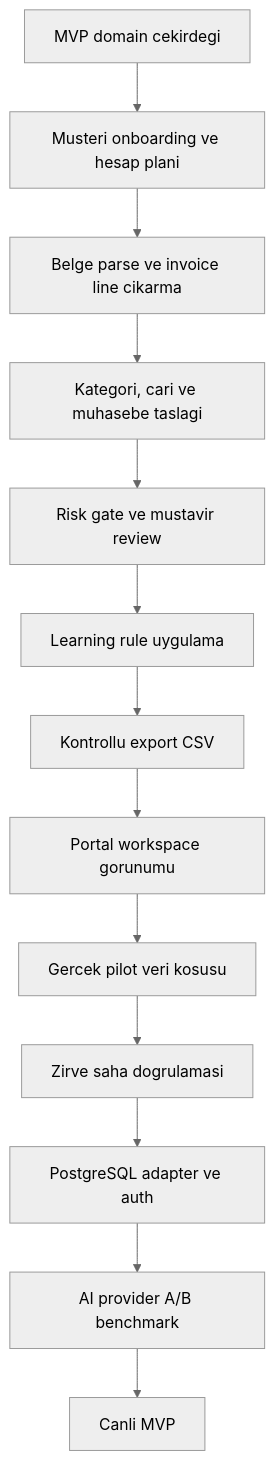
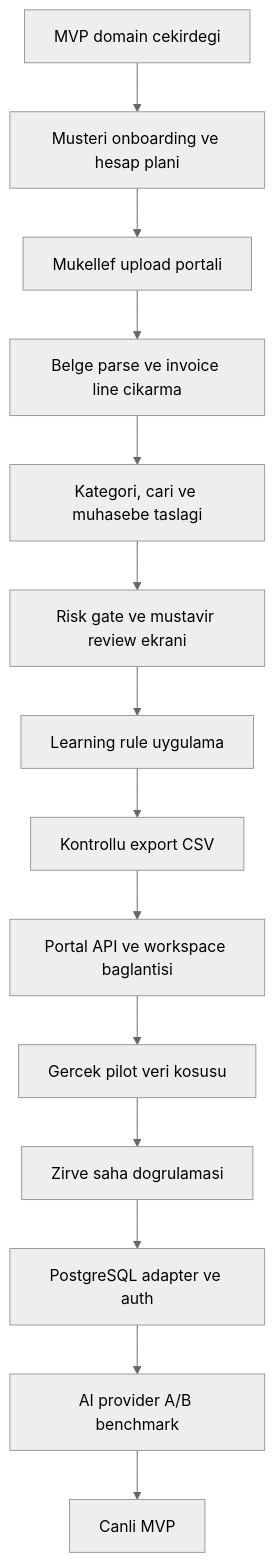
The diagram in docs/implementation-roadmap.md (keremerdogdu92/Fisora), drawn with Mermaid (neutral theme) before and after one commit. The commit also changed other lines of this file and 4 other files, not shown here.

Commit message:
Add MVP portal review workspace

````diff
--- a/docs/implementation-roadmap.md
+++ b/docs/implementation-roadmap.md
@@ -42,15 +47,16 @@
 ```mermaid
 flowchart TD
     A["MVP domain cekirdegi"] --> B["Musteri onboarding ve hesap plani"]
-    B --> C["Belge parse ve invoice line cikarma"]
-    C --> D["Kategori, cari ve muhasebe taslagi"]
-    D --> E["Risk gate ve mustavir review"]
-    E --> F["Learning rule uygulama"]
-    F --> G["Kontrollu export CSV"]
-    G --> H["Portal workspace gorunumu"]
-    H --> I["Gercek pilot veri kosusu"]
-    I --> J["Zirve saha dogrulamasi"]
-    J --> K["PostgreSQL adapter ve auth"]
-    K --> L["AI provider A/B benchmark"]
-    L --> M["Canli MVP"]
+    B --> C["Mukellef upload portali"]
+    C --> D["Belge parse ve invoice line cikarma"]
+    D --> E["Kategori, cari ve muhasebe taslagi"]
+    E --> F["Risk gate ve mustavir review ekrani"]
+    F --> G["Learning rule uygulama"]
+    G --> H["Kontrollu export CSV"]
+    H --> I["Portal API ve workspace baglantisi"]
+    I --> J["Gercek pilot veri kosusu"]
+    J --> K["Zirve saha dogrulamasi"]
+    K --> L["PostgreSQL adapter ve auth"]
+    L --> M["AI provider A/B benchmark"]
+    M --> N["Canli MVP"]
 ```
````
